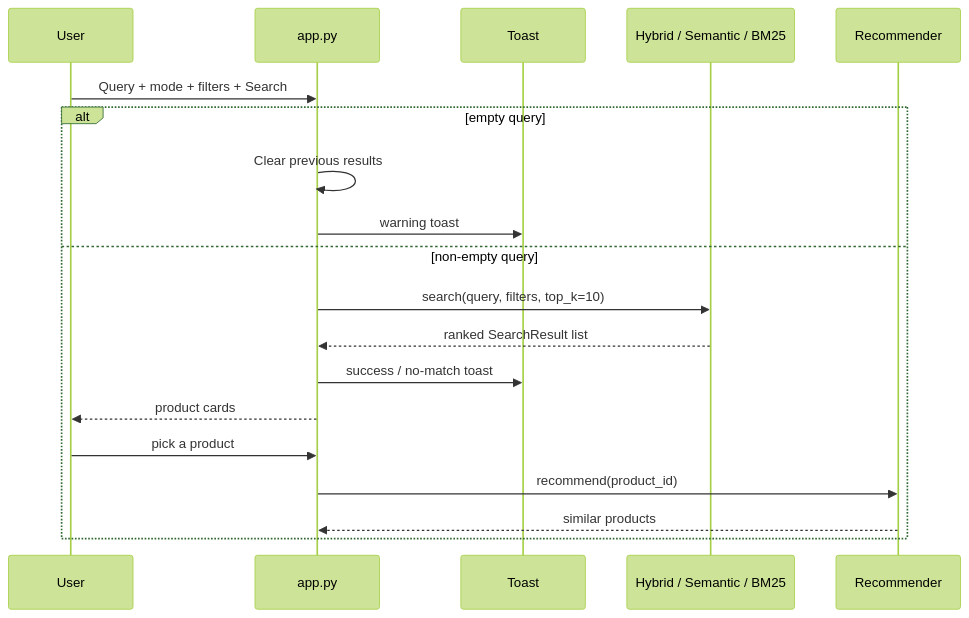
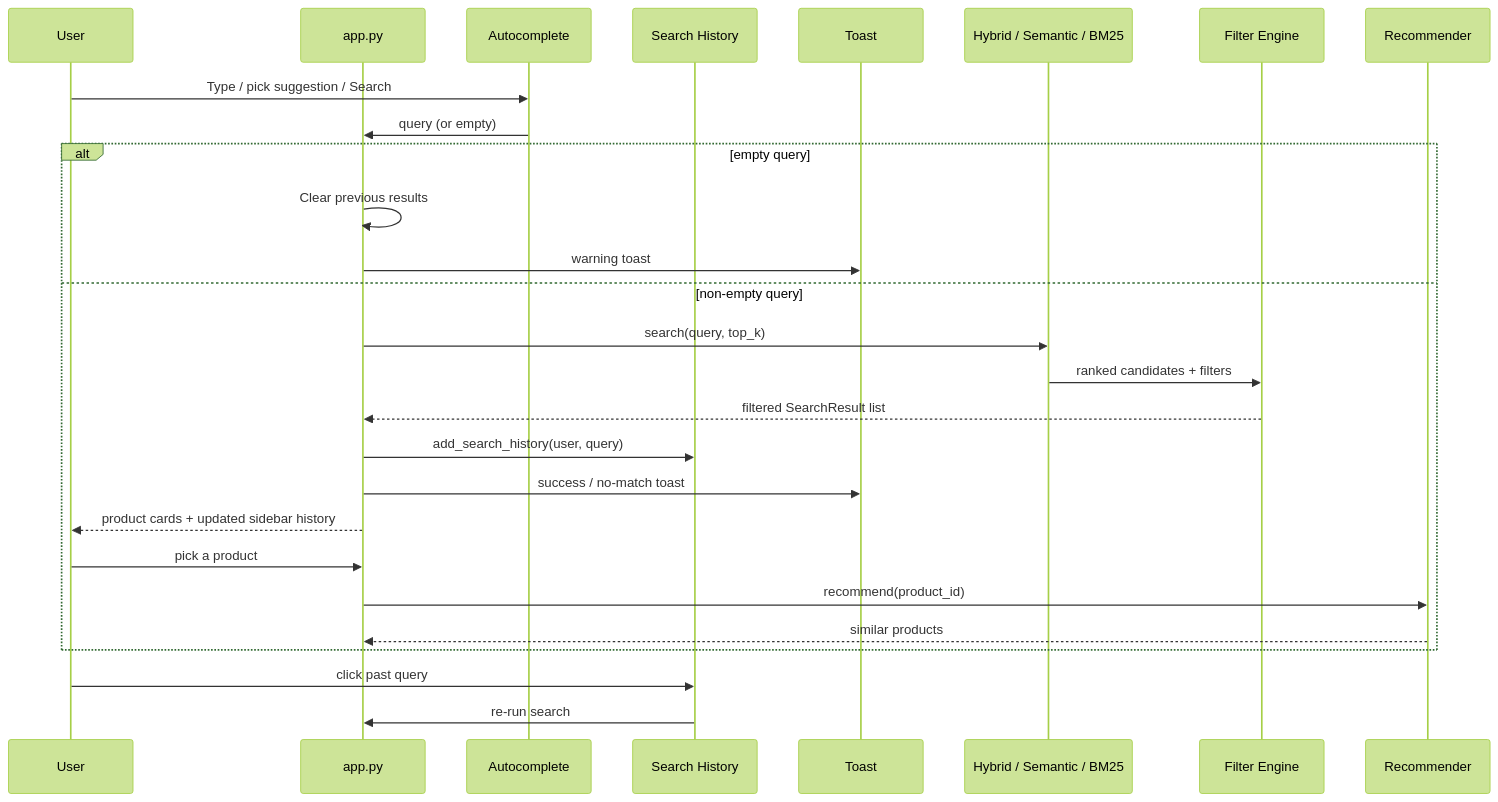
The second of 3 diagrams in docs/DATA_FLOW.md (kaajal-niranjan/search-engine), drawn with Mermaid (forest theme) before and after one commit. The commit also changed other lines of this file and 10 other files, not shown here.

````diff
--- a/docs/DATA_FLOW.md
+++ b/docs/DATA_FLOW.md
@@ -47,22 +53,30 @@
 ```mermaid
 sequenceDiagram
     participant U as User
     participant UI as app.py
+    participant AC as Autocomplete
+    participant Hist as Search History
     participant T as Toast
     participant H as Hybrid / Semantic / BM25
+    participant F as Filter Engine
     participant R as Recommender
 
-    U->>UI: Query + mode + filters + Search
+    U->>AC: Type / pick suggestion / Search
+    AC->>UI: query (or empty)
     alt empty query
         UI->>UI: Clear previous results
         UI->>T: warning toast
     else non-empty query
-        UI->>H: search(query, filters, top_k=10)
-        H-->>UI: ranked SearchResult list
+        UI->>H: search(query, top_k)
+        H->>F: ranked candidates + filters
+        F-->>UI: filtered SearchResult list
+        UI->>Hist: add_search_history(user, query)
         UI->>T: success / no-match toast
-        UI-->>U: product cards
+        UI-->>U: product cards + updated sidebar history
         U->>UI: pick a product
         UI->>R: recommend(product_id)
         R-->>UI: similar products
     end
+    U->>Hist: click past query
+    Hist->>UI: re-run search
 ```
````
